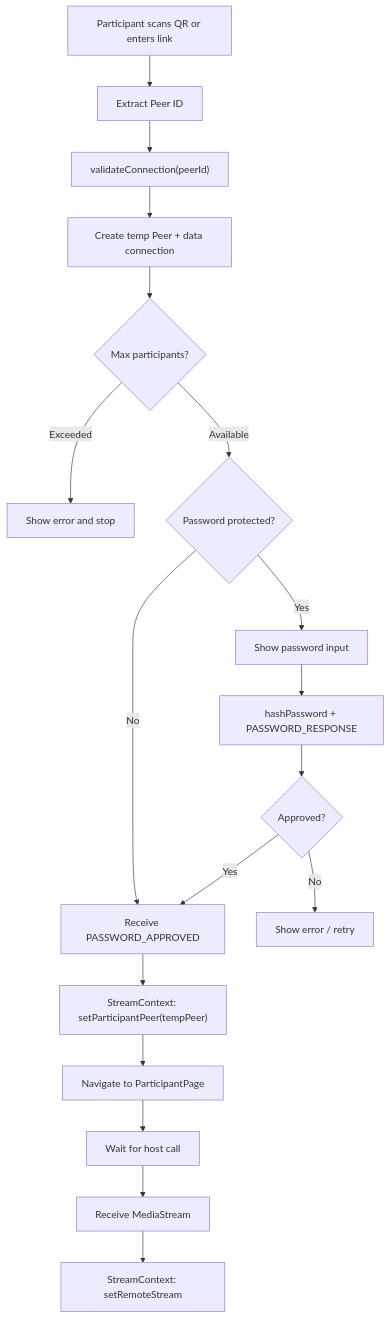
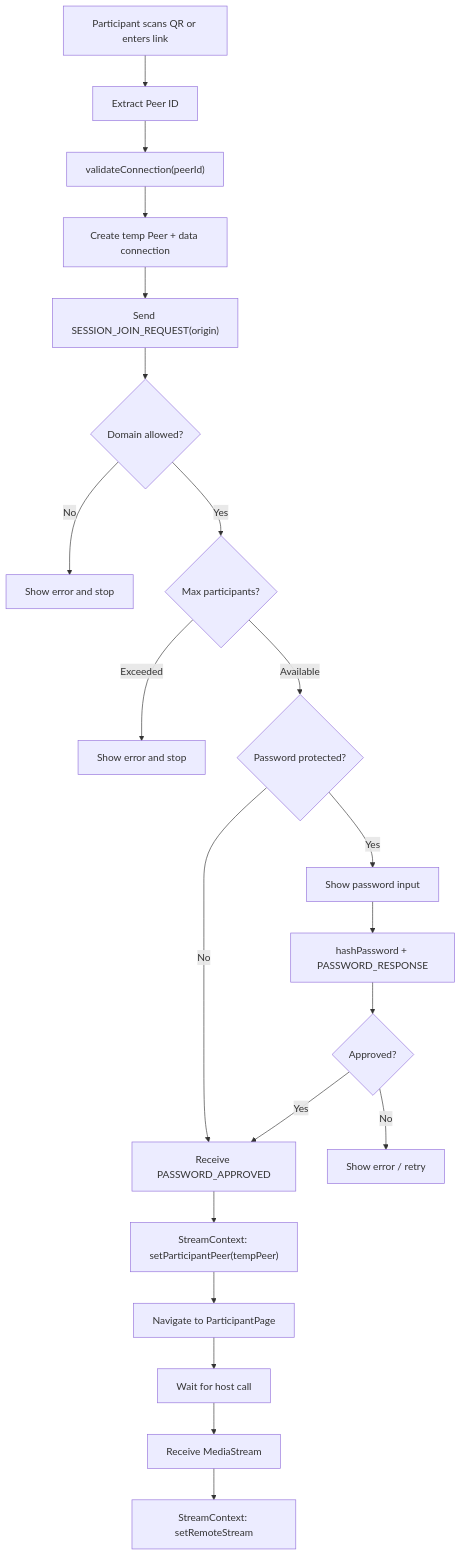
Before and after one commit to BackGwa/Perspective: the fourth of 9 diagrams in ARCHITECTURE.md, drawn with Mermaid. The commit also changed other lines of this file and 10 other files, not shown here.

Commit message:
Add option to set domain policy in session settings

````diff
--- a/ARCHITECTURE.md
+++ b/ARCHITECTURE.md
@@ -115,23 +128,27 @@
 ```mermaid
 flowchart TD
     A[Participant scans QR or enters link] --> B[Extract Peer ID]
     B --> C["validateConnection(peerId)"]
     C --> D[Create temp Peer + data connection]
-    D --> E{Max participants?}
+    D --> E["Send SESSION_JOIN_REQUEST(origin)"]
+    E --> F{Domain allowed?}
 
-    E -->|Exceeded| F[Show error and stop]
-    E -->|Available| G{Password protected?}
+    F -->|No| G[Show error and stop]
+    F -->|Yes| H{Max participants?}
 
-    G -->|No| H[Receive PASSWORD_APPROVED]
-    G -->|Yes| I[Show password input]
-    I --> J[hashPassword + PASSWORD_RESPONSE]
-    J --> K{Approved?}
-    K -->|No| L[Show error / retry]
-    K -->|Yes| H
+    H -->|Exceeded| I[Show error and stop]
+    H -->|Available| J{Password protected?}
 
-    H --> M["StreamContext: setParticipantPeer(tempPeer)"]
-    M --> N[Navigate to ParticipantPage]
-    N --> O[Wait for host call]
-    O --> P[Receive MediaStream]
-    P --> Q[StreamContext: setRemoteStream]
+    J -->|No| K[Receive PASSWORD_APPROVED]
+    J -->|Yes| L[Show password input]
+    L --> M[hashPassword + PASSWORD_RESPONSE]
+    M --> N{Approved?}
+    N -->|No| O[Show error / retry]
+    N -->|Yes| K
+
+    K --> P["StreamContext: setParticipantPeer(tempPeer)"]
+    P --> Q[Navigate to ParticipantPage]
+    Q --> R[Wait for host call]
+    R --> S[Receive MediaStream]
+    S --> T[StreamContext: setRemoteStream]
 ```
````
